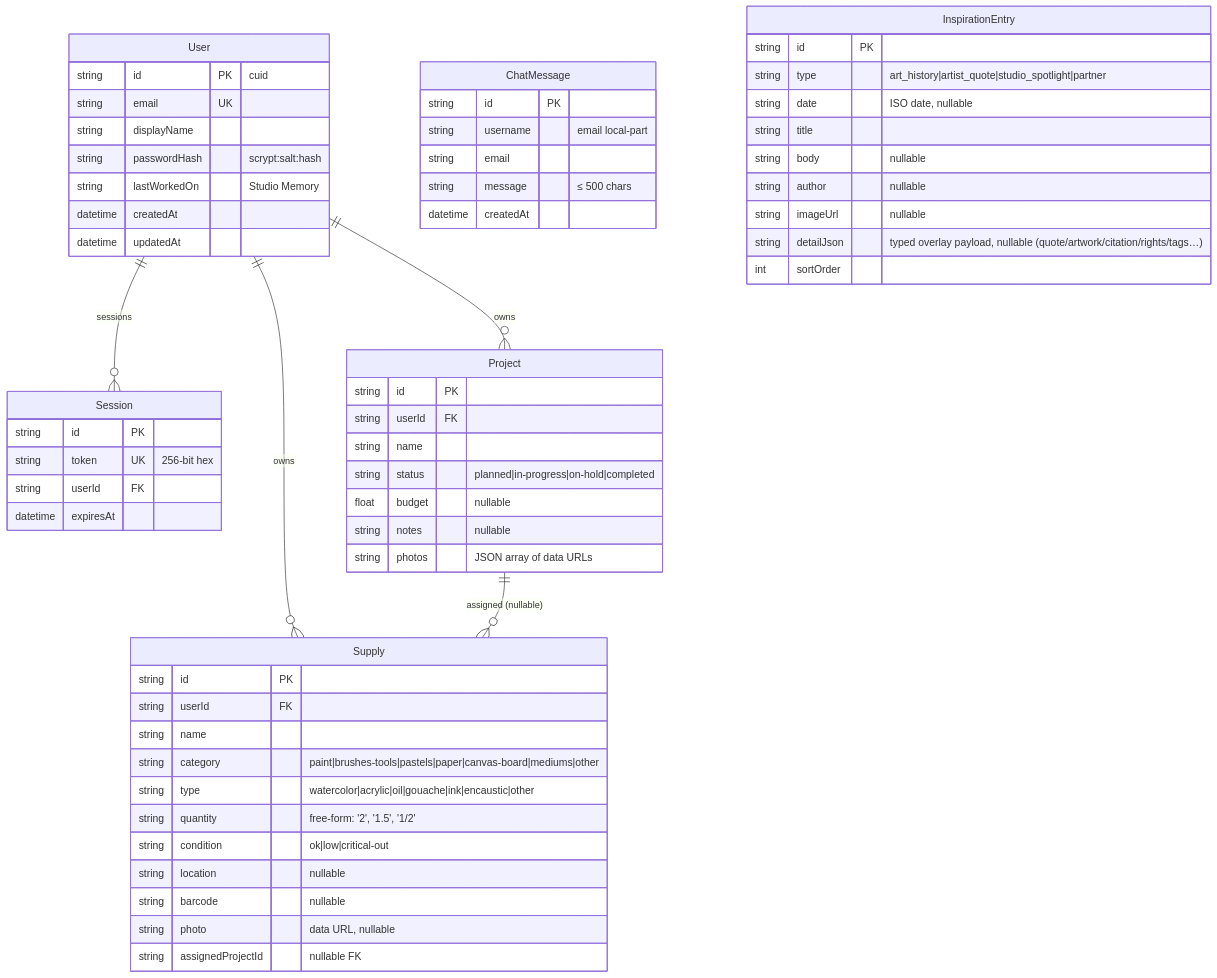
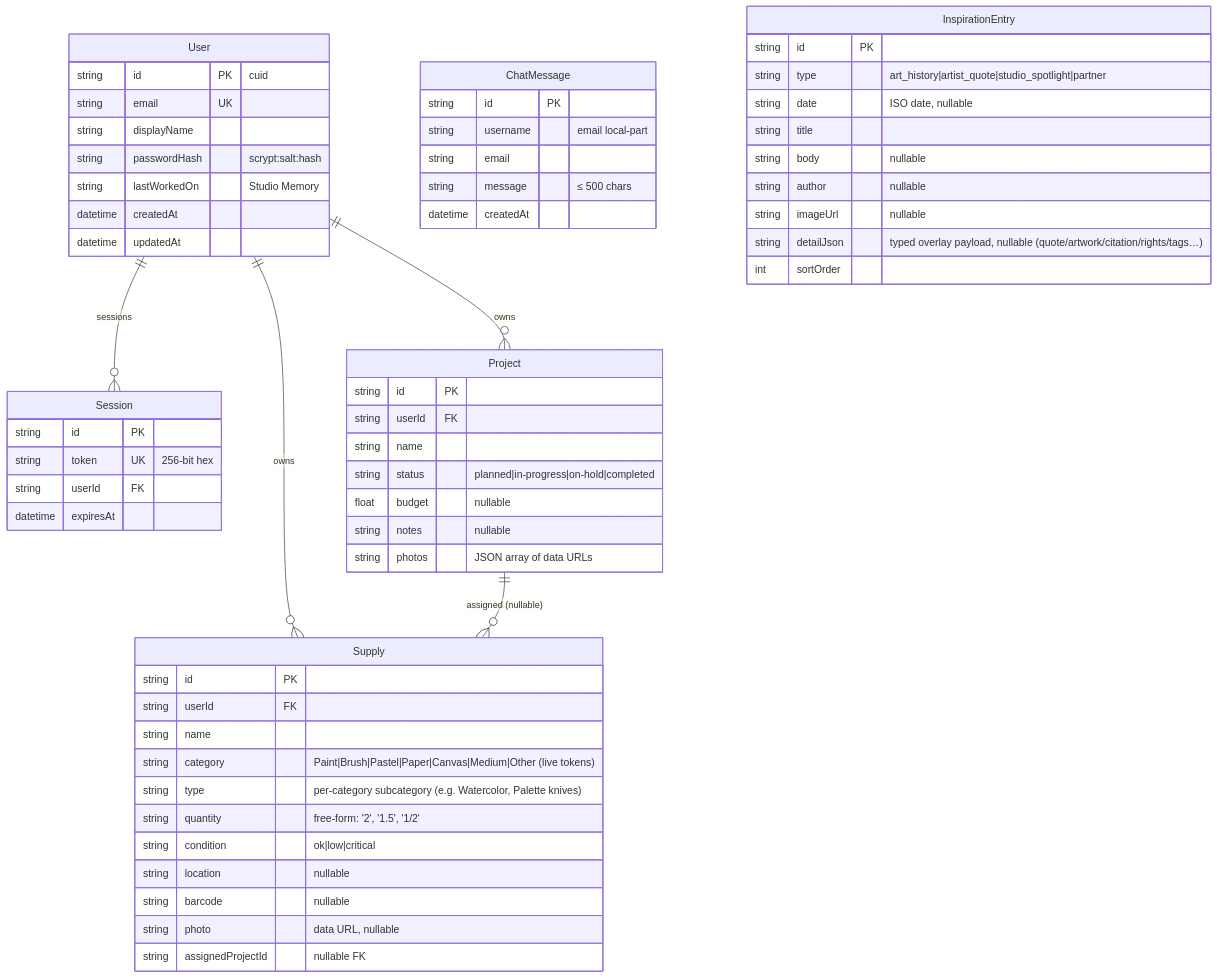
One commit to nordeim/art-supply-tracker changed the diagram in Project_Architecture_Document.md. Above: the diagram before and after it, drawn with Mermaid. The commit also changed other lines of this file and 29 other files, not shown here.

````diff
--- a/Project_Architecture_Document.md
+++ b/Project_Architecture_Document.md
@@ -377,63 +422,63 @@
 ```mermaid
 erDiagram
     User ||--o{ Session : "sessions"
     User ||--o{ Project : "owns"
     User ||--o{ Supply : "owns"
     Project ||--o{ Supply : "assigned (nullable)"
 
     User {
         string id PK "cuid"
         string email UK
         string displayName
         string passwordHash "scrypt:salt:hash"
         string lastWorkedOn "Studio Memory"
         datetime createdAt
         datetime updatedAt
     }
     Session {
         string id PK
         string token UK "256-bit hex"
         string userId FK
         datetime expiresAt
     }
     Project {
         string id PK
         string userId FK
         string name
         string status "planned|in-progress|on-hold|completed"
         float budget "nullable"
         string notes "nullable"
         string photos "JSON array of data URLs"
     }
     Supply {
         string id PK
         string userId FK
         string name
-        string category "paint|brushes-tools|pastels|paper|canvas-board|mediums|other"
-        string type "watercolor|acrylic|oil|gouache|ink|encaustic|other"
+        string category "Paint|Brush|Pastel|Paper|Canvas|Medium|Other (live tokens)"
+        string type "per-category subcategory (e.g. Watercolor, Palette knives)"
         string quantity "free-form: '2', '1.5', '1/2'"
-        string condition "ok|low|critical-out"
+        string condition "ok|low|critical"
         string location "nullable"
         string barcode "nullable"
         string photo "data URL, nullable"
         string assignedProjectId "nullable FK"
     }
     ChatMessage {
         string id PK
         string username "email local-part"
         string email
         string message "≤ 500 chars"
         datetime createdAt
     }
     InspirationEntry {
         string id PK
         string type "art_history|artist_quote|studio_spotlight|partner"
         string date "ISO date, nullable"
         string title
         string body "nullable"
         string author "nullable"
         string imageUrl "nullable"
         string detailJson "typed overlay payload, nullable (quote/artwork/citation/rights/tags…)"
         int sortOrder
     }
 ```
````
